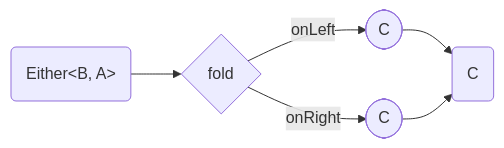
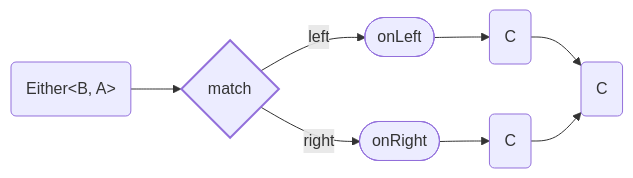
The fifth of 8 diagrams in Either.md (adamjosefus/fp-ts-examples), drawn with Mermaid before and after one commit. The commit also changed other lines of this file, not shown here.

````diff
--- a/Either.md
+++ b/Either.md
@@ -200,14 +199,20 @@
 ```mermaid
 flowchart LR
-    input("Either<<span>B, A</span>>")
-    input --> method
-    method{fold}
-    method --> | onLeft | resultLeft
-    method --> | onRight | resultRight
-    resultLeft([C])
-    resultRight([C])
-    resultLeft --> result
-    resultRight --> result
-    result(C)
+    style match stroke-width: 2px
 
+    input( Either<<span>B, A</span>> )
+    match{ match }
+    onLeft([ onLeft ])
+    onRight([ onRight ])
+    leftOutput( C )
+    rightOutput( C )
+    output( C )
+
+    input --> match
+    match --> | left | onLeft
+    match --> | right | onRight
+    onLeft --> leftOutput
+    onRight --> rightOutput
+    leftOutput --> output
+    rightOutput --> output
 ```
````
